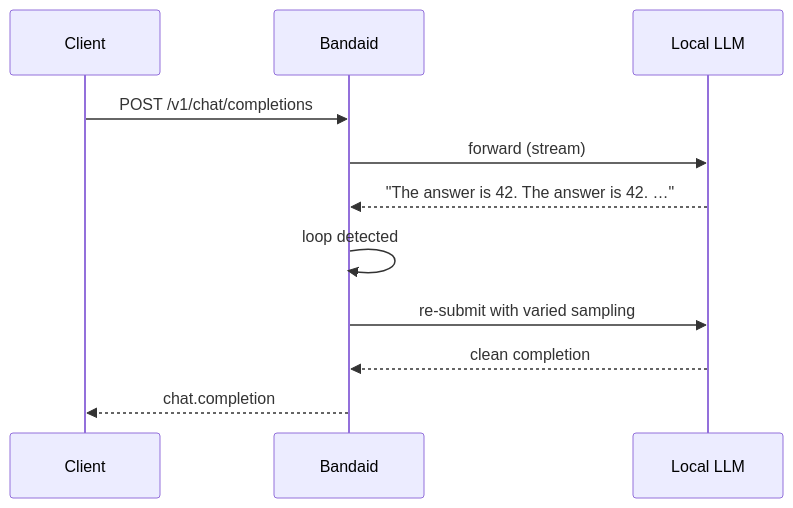
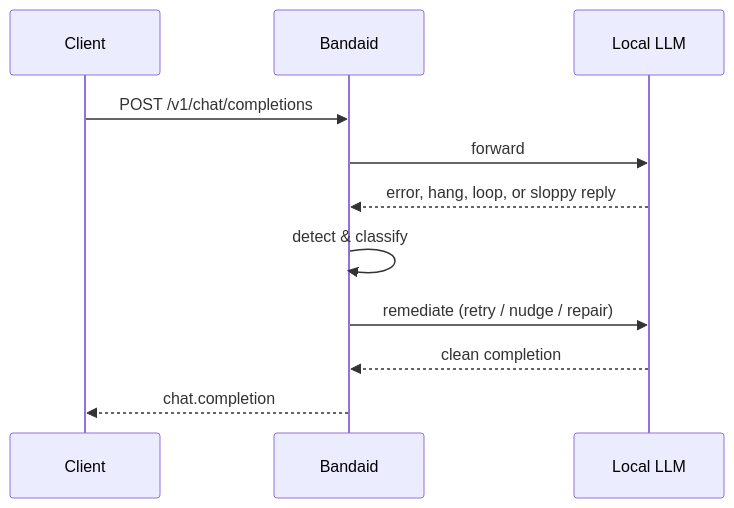
The second of 2 diagrams in README.md (ggeorgovassilis/llm-gauze), drawn with Mermaid before and after one commit. The commit also changed other lines of this file, not shown here.

Commit message:
Generalise the sequence diagram (#18)
Show bandaid detecting and remediating any error condition (error,
hang, loop, sloppy reply), not just loop detection.

````diff
--- a/README.md
+++ b/README.md
@@ -78,14 +78,14 @@
 ```mermaid
 sequenceDiagram
     participant C as Client
     participant B as Bandaid
     participant L as Local LLM
 
     C->>B: POST /v1/chat/completions
-    B->>L: forward (stream)
-    L-->>B: "The answer is 42. The answer is 42. …"
-    B->>B: loop detected
-    B->>L: re-submit with varied sampling
+    B->>L: forward
+    L-->>B: error, hang, loop, or sloppy reply
+    B->>B: detect & classify
+    B->>L: remediate (retry / nudge / repair)
     L-->>B: clean completion
     B-->>C: chat.completion
 ```
````
